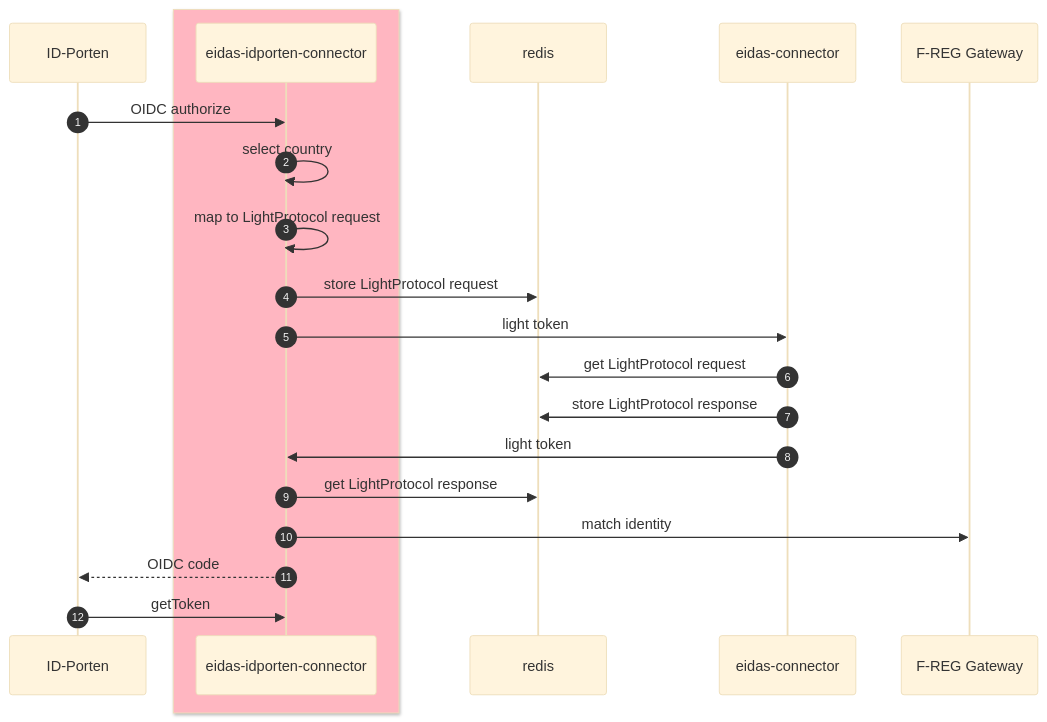
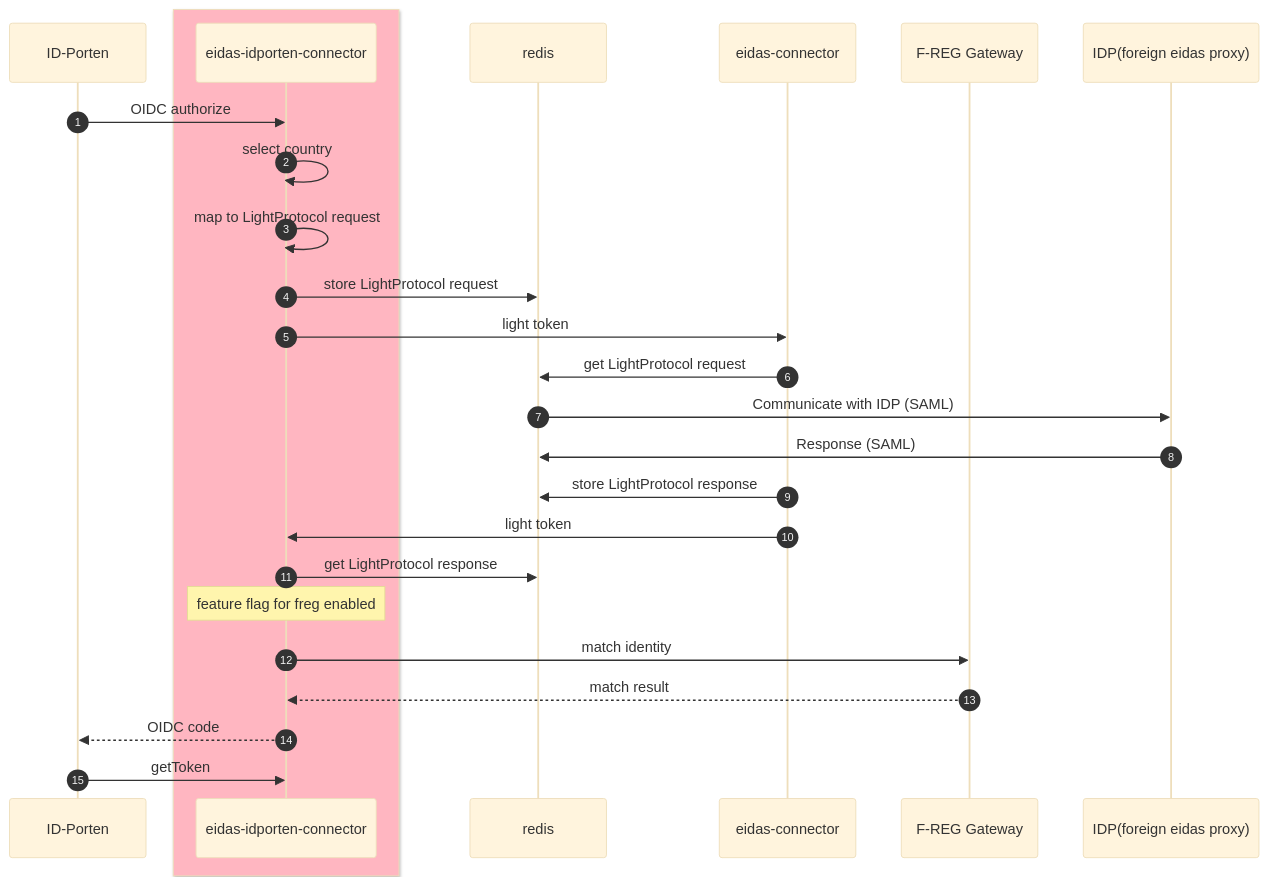
Before and after one commit to felleslosninger/eidas-idporten-connector: the first of 2 diagrams in README.md, drawn with Mermaid (base theme). The commit also changed other lines of this file and 44 other files, not shown here.

````diff
--- a/README.md
+++ b/README.md
@@ -37,26 +45,30 @@
 ```mermaid  
 sequenceDiagram
     autonumber
     participant IL as ID-Porten
     box lightpink 
         participant EIC as eidas-idporten-connector
     end
     participant RED as redis
     participant EC as eidas-connector
     participant FRG as F-REG Gateway
-    
+    participant IDP as IDP(foreign eidas proxy)
     
     IL ->> EIC: OIDC authorize
     EIC ->> EIC: select country
     EIC ->> EIC: map to LightProtocol request
     EIC ->> RED: store LightProtocol request
     EIC ->> EC: light token
     EC ->> RED: get LightProtocol request
+    RED ->> IDP: Communicate with IDP (SAML)
+    IDP ->> RED: Response (SAML)
     EC ->> RED: store LightProtocol response
     EC ->> EIC: light token
     EIC ->> RED: get LightProtocol response
+    note over EIC: feature flag for freg enabled
     EIC ->> FRG: match identity
+    FRG -->> EIC: match result
     EIC -->> IL: OIDC code
     IL ->> EIC: getToken
 
 ```    
````
